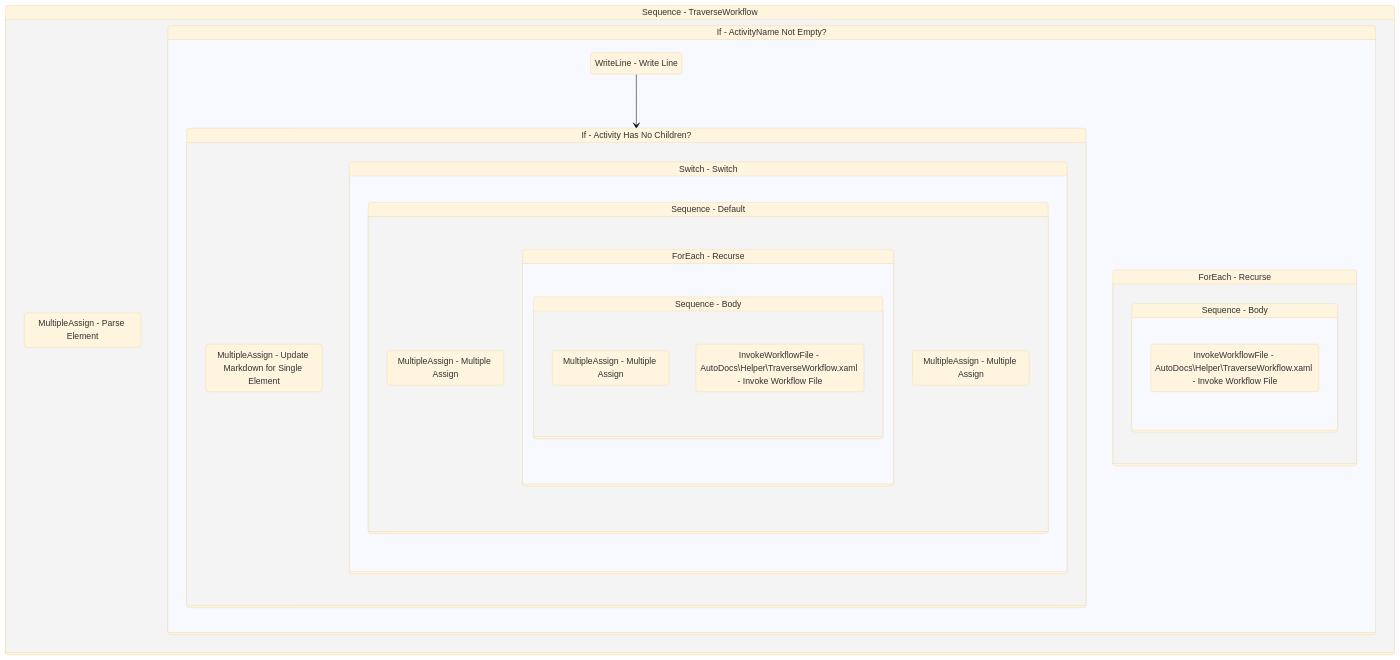
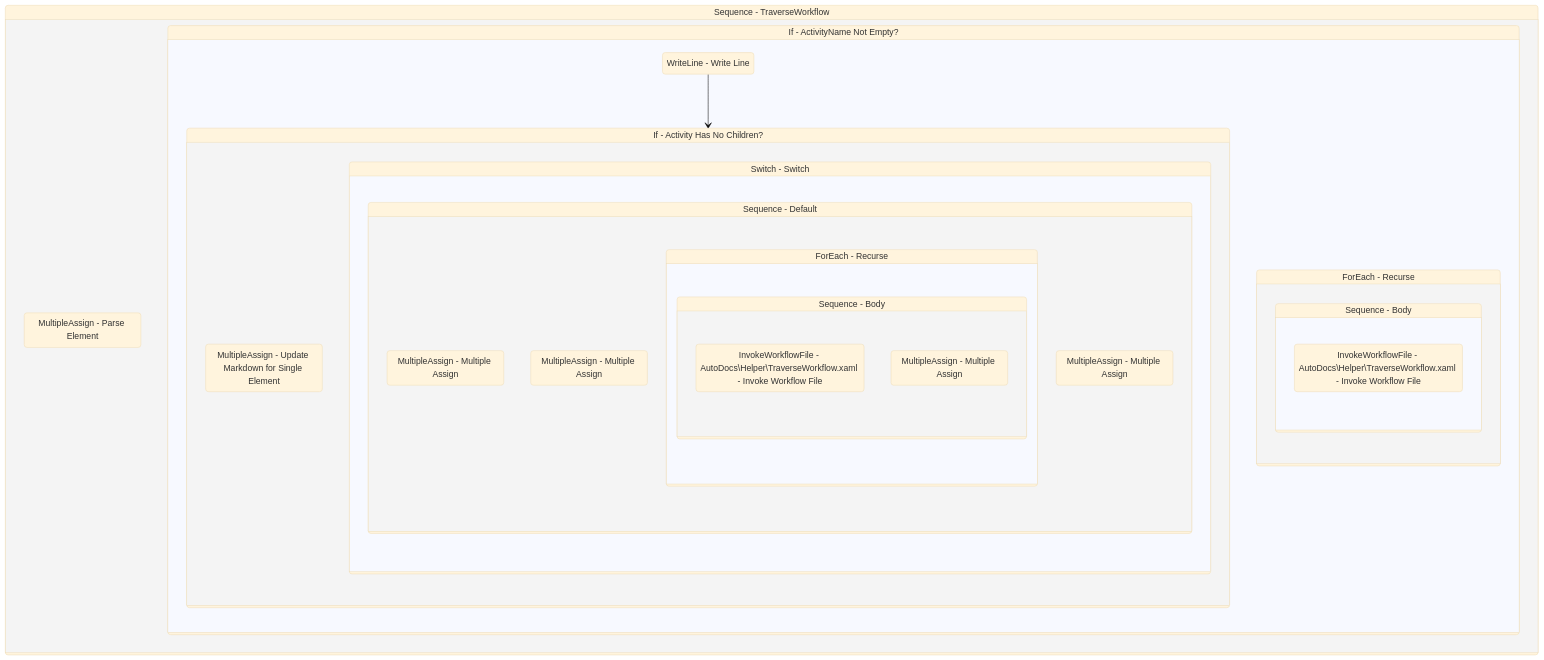
Before and after one commit to yashbrahmbhatt/LazyFramework: the diagram in Documentation/AutoDocs/TraverseWorkflow.md, drawn with Mermaid (base theme). The commit also changed 1 other file, not shown here.

````diff
--- a/Documentation/AutoDocs/TraverseWorkflow.md
+++ b/Documentation/AutoDocs/TraverseWorkflow.md
@@ -151,57 +151,58 @@
 ```mermaid
 stateDiagram-v2
 
 
 Sequence_1: Sequence - TraverseWorkflow
 state Sequence_1 {
 direction TB
 MultipleAssign_1 : MultipleAssign - Parse Element
 
 If_1: If - ActivityName Not Empty?
 state If_1 {
 direction TB
 WriteLine_2 : WriteLine - Write Line
 WriteLine_2 --> If_2
 If_2: If - Activity Has No Children?
 state If_2 {
 direction TB
 MultipleAssign_2 : MultipleAssign - Update Markdown for Single Element
 
 Switch1_1: Switch - Switch
 state Switch1_1 {
 direction TB
 
 Sequence_6: Sequence - Default
 state Sequence_6 {
 direction TB
 MultipleAssign_4 : MultipleAssign - Multiple Assign
+MultipleAssign_6 : MultipleAssign - Multiple Assign
 
 ForEach1_3: ForEach - Recurse
 state ForEach1_3 {
 direction TB
 
 Sequence_7: Sequence - Body
 state Sequence_7 {
 direction TB
-MultipleAssign_6 : MultipleAssign - Multiple Assign
 InvokeWorkflowFile_2 : InvokeWorkflowFile - AutoDocs\\Helper\\TraverseWorkflow.xaml - Invoke Workflow File
+MultipleAssign_7 : MultipleAssign - Multiple Assign
 }
 }
 MultipleAssign_5 : MultipleAssign - Multiple Assign
 }
 }
 }
 
 ForEach1_1: ForEach - Recurse
 state ForEach1_1 {
 direction TB
 
 Sequence_2: Sequence - Body
 state Sequence_2 {
 direction TB
 InvokeWorkflowFile_1 : InvokeWorkflowFile - AutoDocs\\Helper\\TraverseWorkflow.xaml - Invoke Workflow File
 }
 }
 }
 }
 ```
````
